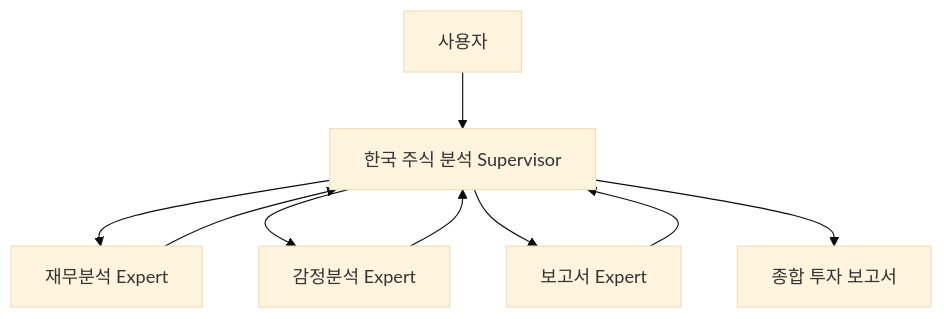
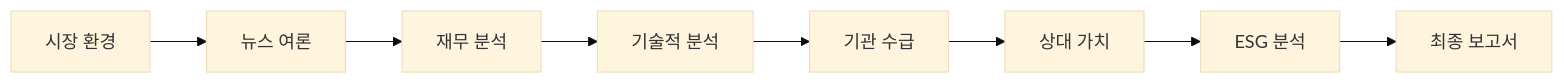
Before and after one commit to Danwoo/tusimreport: the second of 3 diagrams in README.md, drawn with Mermaid (base theme). The commit also changed other lines of this file and 26 other files, not shown here.

````diff
--- a/README.md
+++ b/README.md
@@ -26,11 +49,10 @@
 ```mermaid
-graph TD
-    User[사용자] --> Supervisor[한국 주식 분석 Supervisor]
-    Supervisor --> FA[재무분석 Expert]
-    Supervisor --> SA[감정분석 Expert]  
-    Supervisor --> RA[보고서 Expert]
-    FA --> Supervisor
-    SA --> Supervisor
-    RA --> Supervisor
-    Supervisor --> Report[종합 투자 보고서]
+graph LR
+    Context[시장 환경] --> Sentiment[뉴스 여론]
+    Sentiment --> Financial[재무 분석]
+    Financial --> Technical[기술적 분석]
+    Technical --> Institutional[기관 수급]
+    Institutional --> Comparative[상대 가치]
+    Comparative --> ESG[ESG 분석]
+    ESG --> Report[최종 보고서]
 ```
````
